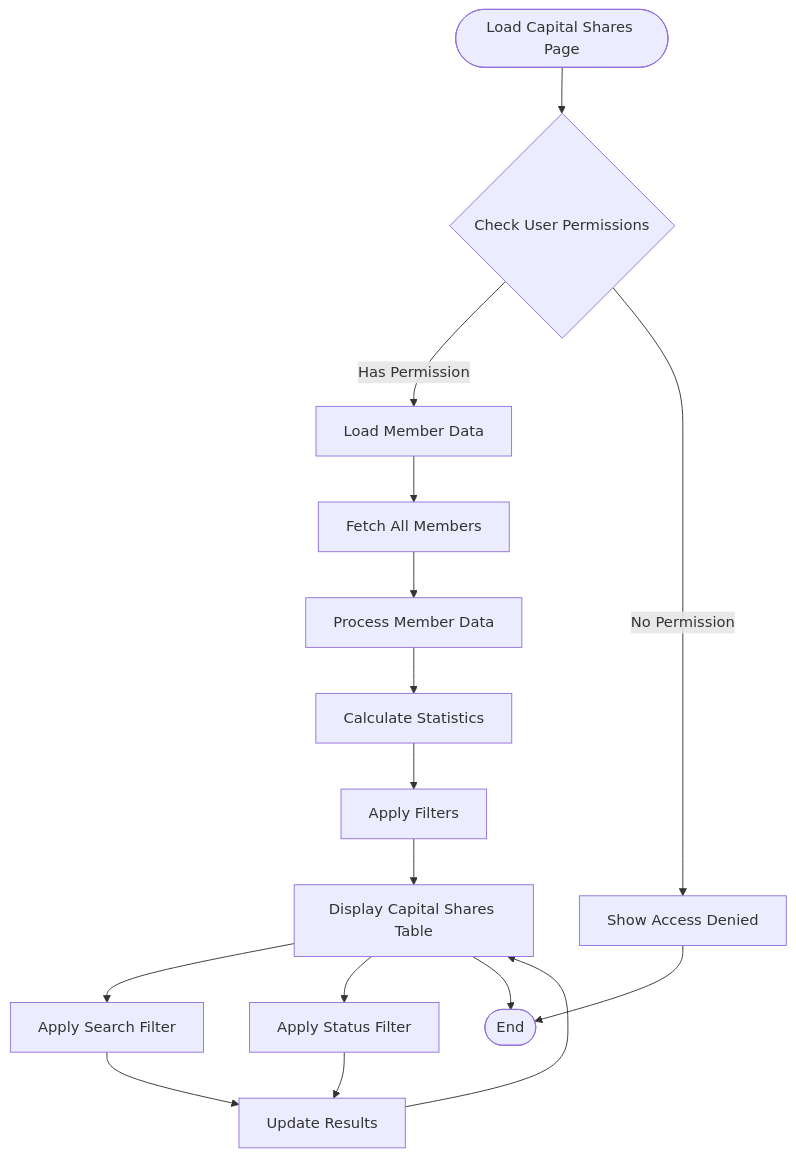
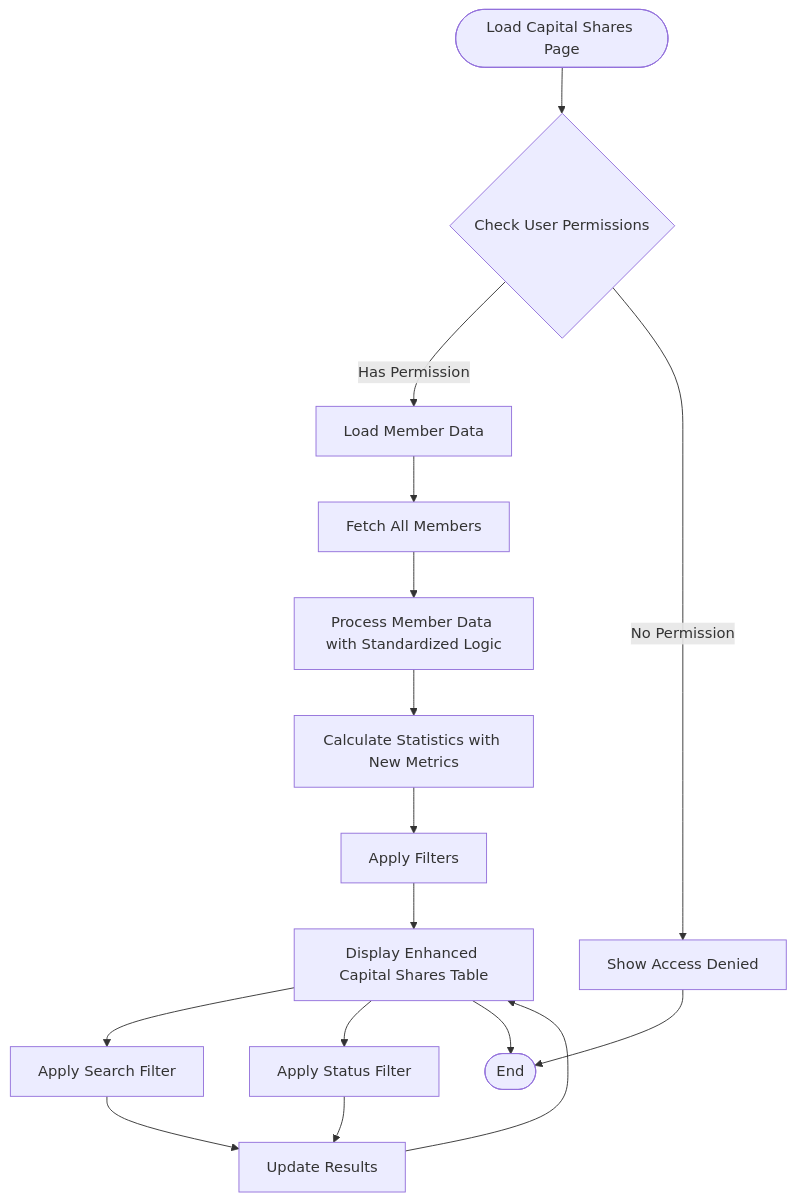
Before and after one commit to Unsure-bry/sampacoop_system: the fourth of 12 diagrams in .qoder/repowiki/en/content/Project Overview/Core Features & Functionality/Administrative Features/Capital Shares Management System.md, drawn with Mermaid. The commit also changed other lines of this file and 5 other files, not shown here.

````diff
--- a/.qoder/repowiki/en/content/Project Overview/Core Features & Functionality/Administrative Features/Capital Shares Management System.md
+++ b/.qoder/repowiki/en/content/Project Overview/Core Features & Functionality/Administrative Features/Capital Shares Management System.md
@@ -214,18 +237,18 @@
 ```mermaid
 flowchart TD
 Start([Load Capital Shares Page]) --> CheckPermissions{Check User Permissions}
 CheckPermissions --> |Has Permission| LoadData[Load Member Data]
 CheckPermissions --> |No Permission| ShowAccessDenied[Show Access Denied]
 LoadData --> FetchMembers[Fetch All Members]
-FetchMembers --> ProcessMembers[Process Member Data]
-ProcessMembers --> CalculateTotals[Calculate Statistics]
+FetchMembers --> ProcessMembers[Process Member Data with Standardized Logic]
+ProcessMembers --> CalculateTotals[Calculate Statistics with New Metrics]
 CalculateTotals --> FilterData[Apply Filters]
-FilterData --> DisplayTable[Display Capital Shares Table]
+FilterData --> DisplayTable[Display Enhanced Capital Shares Table]
 DisplayTable --> Search[Apply Search Filter]
 DisplayTable --> StatusFilter[Apply Status Filter]
 Search --> UpdateResults[Update Results]
 StatusFilter --> UpdateResults
 UpdateResults --> DisplayTable
 ShowAccessDenied --> End([End])
 DisplayTable --> End
 ```
````
